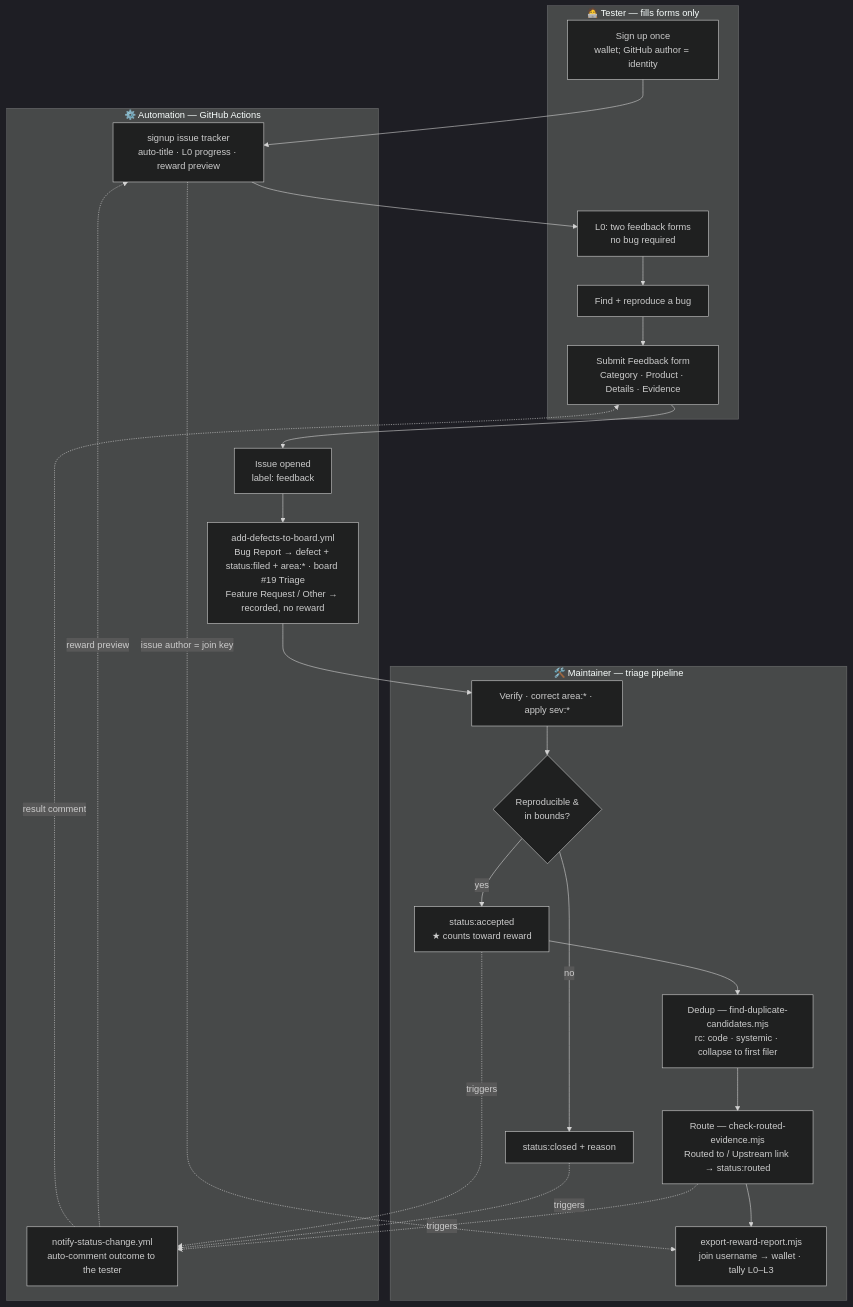
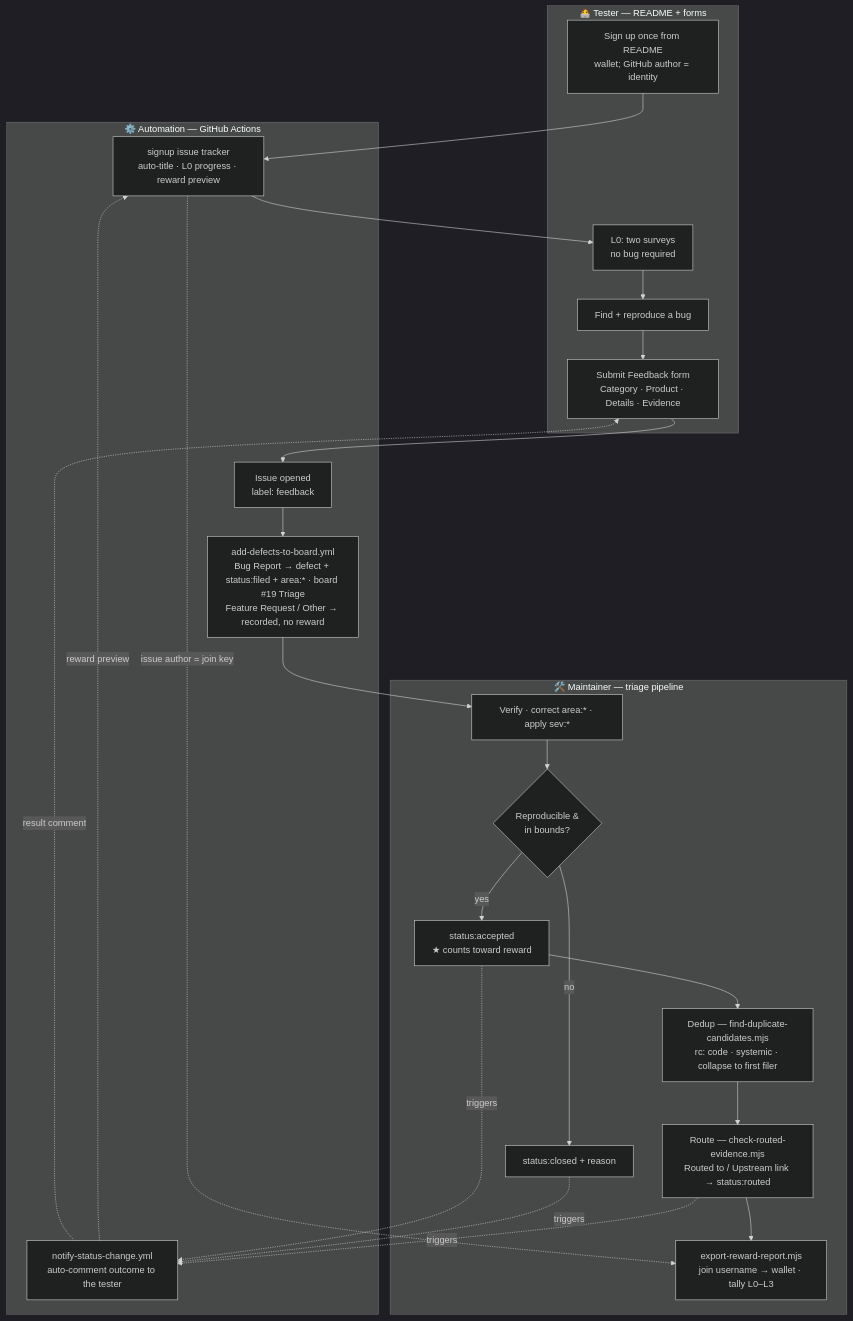
The first of 2 diagrams in docs/WORKFLOWS.md (0gfoundation/0g-testing-hub), drawn with Mermaid (dark theme) before and after one commit. The commit also changed other lines of this file and 19 other files, not shown here.

First line of the commit message:
feat: move signup entry to README direct link, rename L0 feedback to surveys

````diff
--- a/docs/WORKFLOWS.md
+++ b/docs/WORKFLOWS.md
@@ -13,36 +13,36 @@
 ```mermaid
 flowchart TD
-    subgraph T["🧑‍💻 Tester — fills forms only"]
-      T1["Sign up once<br/>wallet; GitHub author = identity"]
-      T2["L0: two feedback forms<br/>no bug required"]
+    subgraph T["🧑‍💻 Tester — README + forms"]
+      T1["Sign up once from README<br/>wallet; GitHub author = identity"]
+      T2["L0: two surveys<br/>no bug required"]
       T3["Find + reproduce a bug"]
       T4["Submit Feedback form<br/>Category · Product · Details · Evidence"]
     end
 
     subgraph A["⚙️ Automation — GitHub Actions"]
       A0["signup issue tracker<br/>auto-title · L0 progress · reward preview"]
       A1["Issue opened<br/>label: feedback"]
       A2["add-defects-to-board.yml<br/>Bug Report → defect + status:filed + area:* · board #19 Triage<br/>Feature Request / Other → recorded, no reward"]
       A3["notify-status-change.yml<br/>auto-comment outcome to the tester"]
     end
 
     subgraph M["🛠️ Maintainer — triage pipeline"]
       M1["Verify · correct area:* · apply sev:*"]
       M2{"Reproducible &<br/>in bounds?"}
       M3["status:accepted<br/>★ counts toward reward"]
       M4["status:closed + reason"]
       M5["Dedup — find-duplicate-candidates.mjs<br/>rc: code · systemic · collapse to first filer"]
       M6["Route — check-routed-evidence.mjs<br/>Routed to / Upstream link → status:routed"]
       M7["export-reward-report.mjs<br/>join username → wallet · tally L0–L3"]
     end
 
     T1 --> A0 --> T2 --> T3 --> T4 --> A1 --> A2 --> M1 --> M2
     M2 -- yes --> M3 --> M5 --> M6 --> M7
     M2 -- no --> M4
     M3 -. triggers .-> A3
     M4 -. triggers .-> A3
     M6 -. triggers .-> A3
     A3 -. result comment .-> T4
     A3 -. reward preview .-> A0
     A0 -. "issue author = join key" .-> M7
 ```
````
